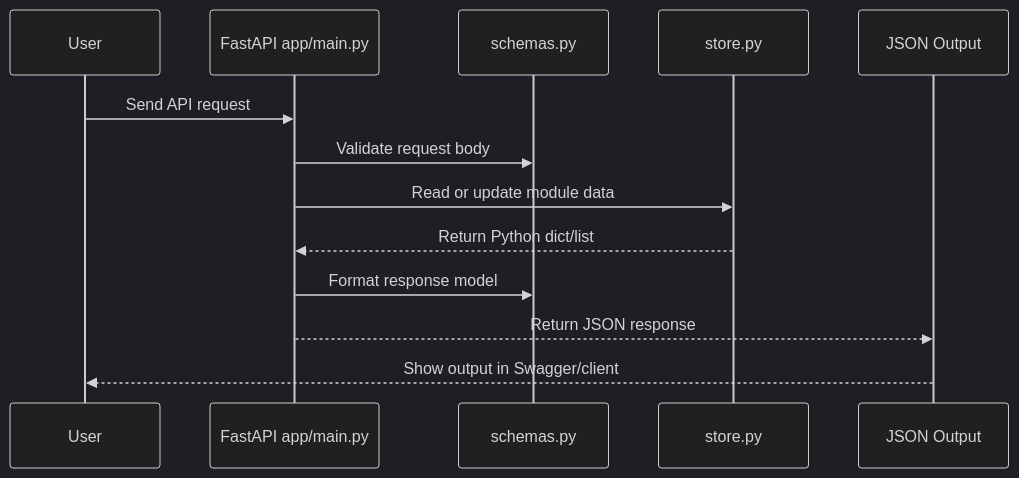
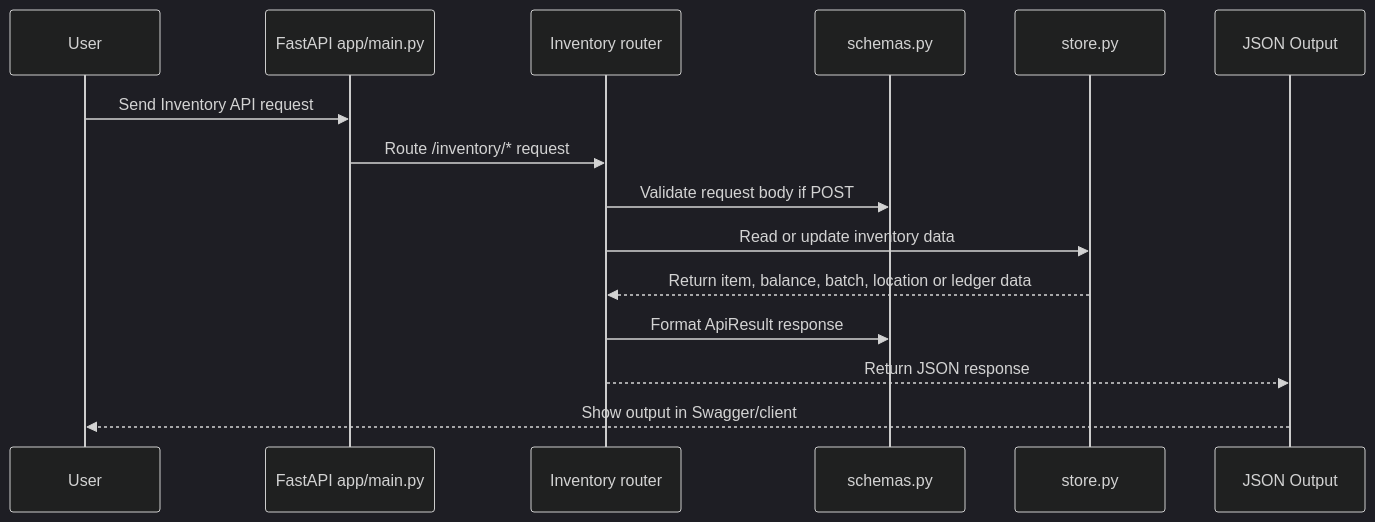
One commit to vinodreddy1999/manufacturing-operations-platform changed the third of 3 diagrams in docs/end-to-end-scheme.md. Above: the diagram before and after it, drawn with Mermaid (dark theme). The commit also changed other lines of this file, not shown here.

Commit message:
Update end-to-end scheme for inventory module

````diff
--- a/docs/end-to-end-scheme.md
+++ b/docs/end-to-end-scheme.md
@@ -68,16 +118,18 @@
 ```mermaid
 sequenceDiagram
     participant U as User
     participant F as FastAPI app/main.py
+    participant I as Inventory router
     participant S as schemas.py
     participant D as store.py
     participant O as JSON Output
 
-    U->>F: Send API request
-    F->>S: Validate request body
-    F->>D: Read or update module data
-    D-->>F: Return Python dict/list
-    F->>S: Format response model
-    F-->>O: Return JSON response
+    U->>F: Send Inventory API request
+    F->>I: Route /inventory/* request
+    I->>S: Validate request body if POST
+    I->>D: Read or update inventory data
+    D-->>I: Return item, balance, batch, location or ledger data
+    I->>S: Format ApiResult response
+    I-->>O: Return JSON response
     O-->>U: Show output in Swagger/client
 ```
````
